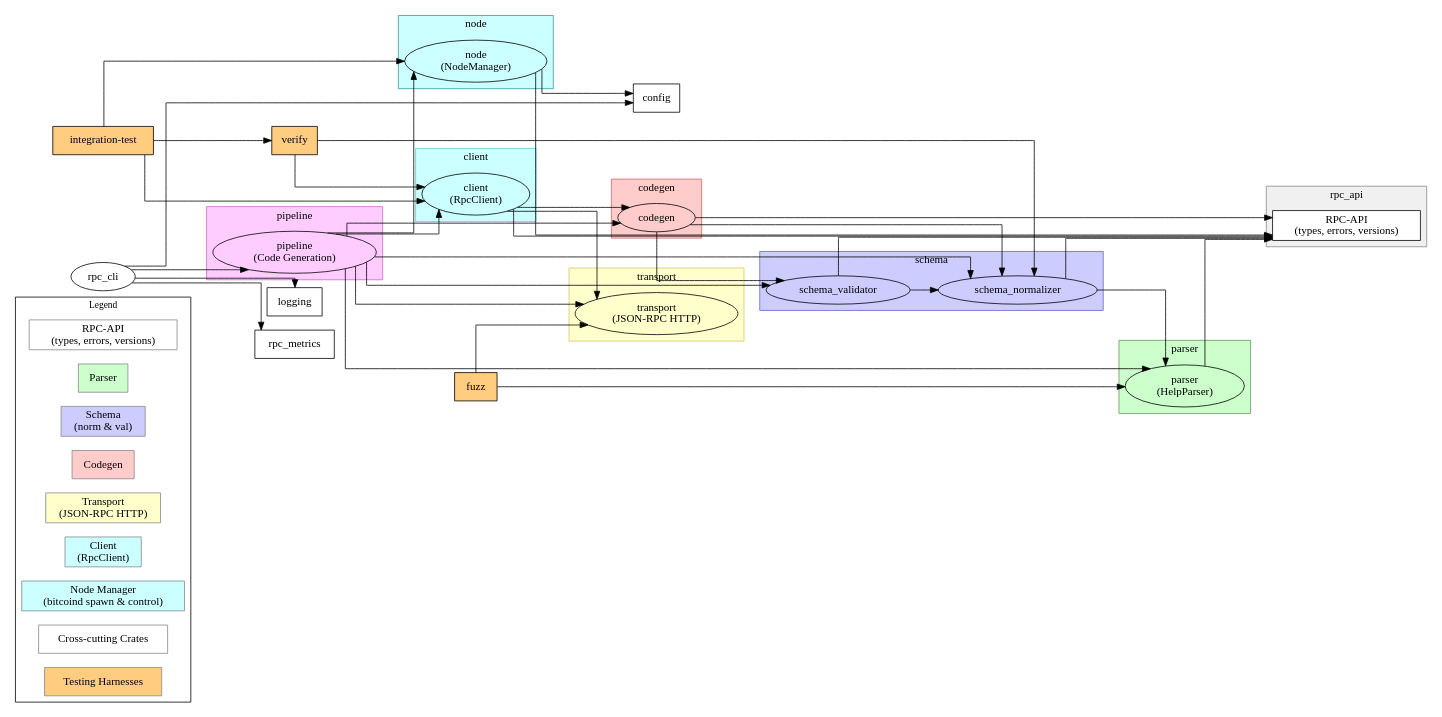
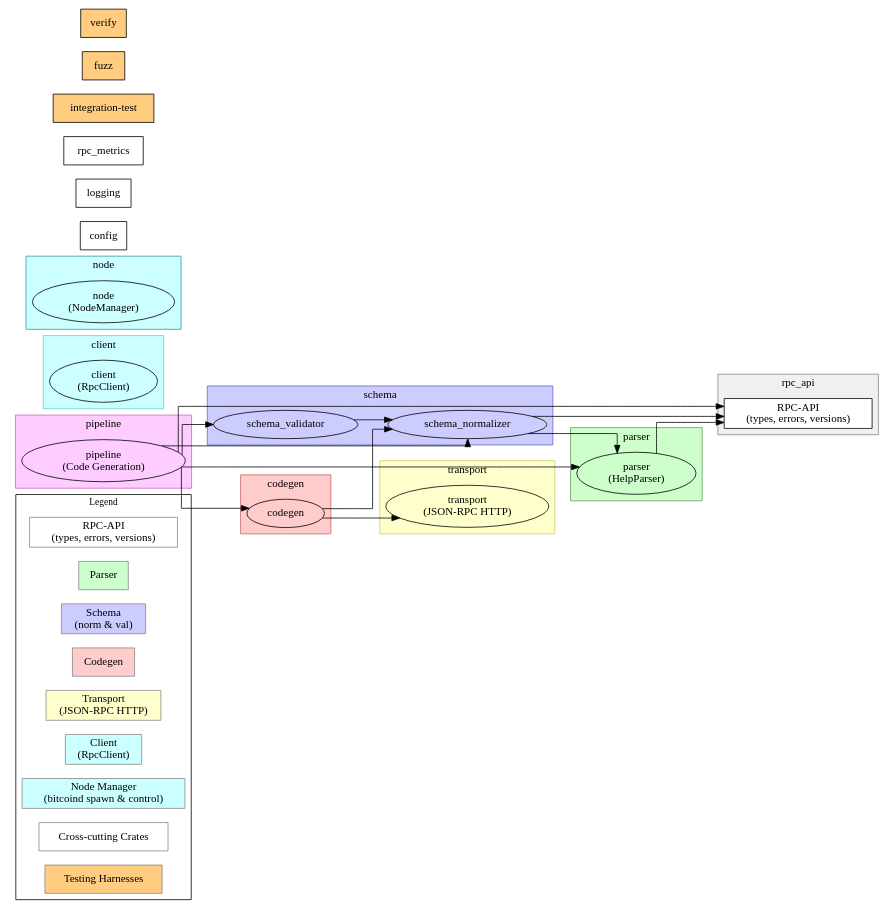
The diagram in docs/structure.dot (nervana21/bitcoin-rpc-codegen), drawn with Graphviz before and after one commit.

Commit message:
refactor(repo): Simplify repo ideal structure
- The project is still too complex and has a very challenging circular dependency issue currently. Next is an attempt to address this issue by only supporting code generation, not any integration tests within the project proper.

```diff
--- a/docs/structure.dot
+++ b/docs/structure.dot
@@ -1,111 +1,91 @@
 digraph BitcoinRpcCodegen {
   graph [rankdir=LR, splines=ortho];
 
   // ───────────── Legend ─────────────
   subgraph cluster_legend {
     label="Legend"; fontsize=12;
     node [shape=box style=filled];
     legend_rpc_api   [label="RPC-API\n(types, errors, versions)" fillcolor="#ffffff" color="#888888"];
     legend_parser    [label="Parser" fillcolor="#ccffcc" color="#888888"];
     legend_schema    [label="Schema\n(norm & val)" fillcolor="#ccccff" color="#888888"];
     legend_codegen   [label="Codegen" fillcolor="#ffcccc" color="#888888"];
-    legend_transport [label="Transport\n(JSON‑RPC HTTP)" fillcolor="#ffffcc" color="#888888"];
+    legend_transport [label="Transport\n(JSON-RPC HTTP)" fillcolor="#ffffcc" color="#888888"];
     legend_client    [label="Client\n(RpcClient)" fillcolor="#ccffff" color="#888888"];
     legend_node_mgr  [label="Node Manager\n(bitcoind spawn & control)" fillcolor="#ccffff" color="#888888"];
-    legend_cross     [label="Cross‑cutting Crates" fillcolor="#ffffff" color="#888888"];
+    legend_cross     [label="Cross-cutting Crates" fillcolor="#ffffff" color="#888888"];
     legend_tests     [label="Testing Harnesses" fillcolor="#ffcc80" color="#888888"];
   }
 
   // ───────────── RPC-API crate ─────────────
   subgraph cluster_rpc_api {
     label="rpc_api"; style=filled; fillcolor="#f0f0f0"; color="#888888";
     node [shape=box style=filled fillcolor="#ffffff" color="#000000"];
     rpc_api [label="RPC-API\n(types, errors, versions)"];
   }
 
   // ───────────── Parser crate ─────────────
   subgraph cluster_parser {
     label="parser"; style=filled; fillcolor="#ccffcc"; color="#669966";
     parser [label="parser\n(HelpParser)"];
   }
 
   // ───────────── Schema crate ─────────────
   subgraph cluster_schema {
     label="schema"; style=filled; fillcolor="#ccccff"; color="#6666CC";
     schema_norm [label="schema_normalizer"];
     schema_val  [label="schema_validator"];
   }
 
   // ───────────── Codegen crate ─────────────
   subgraph cluster_codegen {
     label="codegen"; style=filled; fillcolor="#ffcccc"; color="#CC6666";
     codegen [label="codegen"];
   }
 
   // ───────────── Transport crate ─────────────
   subgraph cluster_transport {
     label="transport"; style=filled; fillcolor="#ffffcc"; color="#CCCC66";
-    transport [label="transport\n(JSON‑RPC HTTP)"];
+    transport [label="transport\n(JSON-RPC HTTP)"];
   }
 
   // ───────────── Client crate ─────────────
   subgraph cluster_client {
     label="client"; style=filled; fillcolor="#ccffff"; color="#66CCCC";
     client [label="client\n(RpcClient)"];
   }
 
   // ───────────── Node Manager crate ─────────────
   subgraph cluster_node_mgr {
     label="node"; style=filled; fillcolor="#ccffff"; color="#339999";
     node_mgr [label="node\n(NodeManager)"];
   }
 
   // ───────────── Pipeline crate ─────────────
   subgraph cluster_rpc_cli {
     label="pipeline"; style=filled; fillcolor="#ffccff"; color="#CC66CC";
     pipeline [label="pipeline\n(Code Generation)"];
   }
 
-  // ───────────── Cross‑cutting crates ─────────────
-  config  [label="config"  shape=box style=filled fillcolor="#ffffff"];
-  logging [label="logging" shape=box style=filled fillcolor="#ffffff"];
+  // ───────────── Cross-cutting crates ─────────────
+  config      [label="config"      shape=box style=filled fillcolor="#ffffff"];
+  logging     [label="logging"     shape=box style=filled fillcolor="#ffffff"];
   rpc_metrics [label="rpc_metrics" shape=box style=filled fillcolor="#ffffff"];
 
   // ───────────── Testing harnesses ─────────────
   integration_test [label="integration-test" shape=box style=filled fillcolor="#ffcc80"];
-  fuzz             [label="fuzz"            shape=box style=filled fillcolor="#ffcc80"];
-  verify           [label="verify"          shape=box style=filled fillcolor="#ffcc80"];
+  fuzz             [label="fuzz"             shape=box style=filled fillcolor="#ffcc80"];
+  verify           [label="verify"           shape=box style=filled fillcolor="#ffcc80"];
 
   // ───────────── Dependencies ─────────────
-  parser           -> rpc_api;
-  schema_norm      -> parser;
-  schema_norm      -> rpc_api;
-  schema_val       -> schema_norm;
-  schema_val       -> rpc_api;
-  codegen          -> schema_norm;
-  codegen          -> schema_val;
-  codegen          -> rpc_api;
-  client           -> codegen;
-  client           -> transport;
-  client           -> rpc_api;
-  node_mgr         -> rpc_api;
-  node_mgr         -> config;
-  pipeline         -> parser;
-  pipeline         -> schema_norm;
-  pipeline         -> schema_val;
-  pipeline         -> codegen;
-  pipeline         -> transport;
-  pipeline         -> client;
-  pipeline         -> node_mgr;
-  rpc_cli          -> pipeline;
-  rpc_cli          -> config;
-  rpc_cli          -> logging;
-  rpc_cli          -> rpc_metrics;
-  integration_test          -> node_mgr;
-  integration_test -> client;
-  integration_test -> verify;
-  fuzz             -> parser;
-  fuzz             -> transport;
-  verify           -> client;
-  verify           -> schema_norm;
+  parser      -> rpc_api;
+  schema_norm -> parser;
+  schema_norm -> rpc_api;
+  schema_val  -> schema_norm;
+  codegen     -> schema_norm;
+  codegen     -> transport;
+  pipeline    -> parser;
+  pipeline    -> rpc_api;
+  pipeline    -> schema_norm;
+  pipeline    -> schema_val;
+  pipeline    -> codegen;
 }
```
